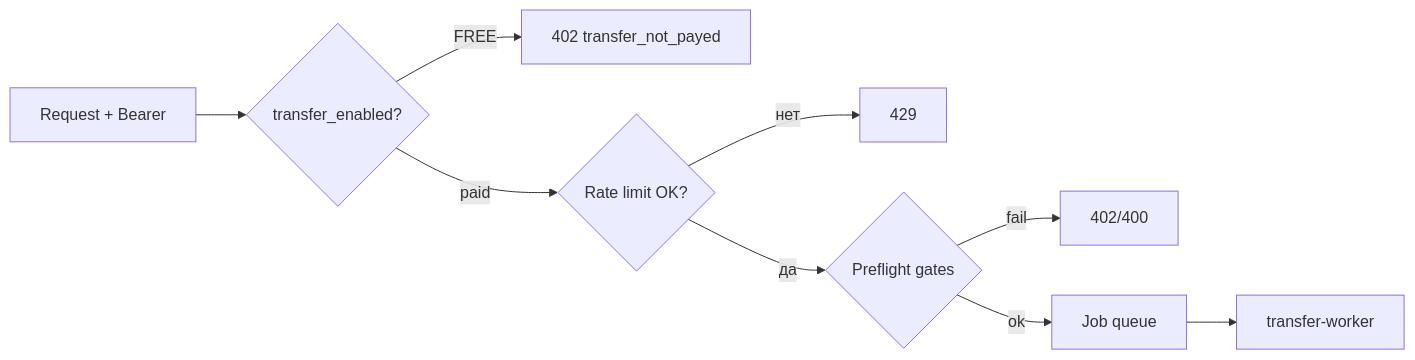
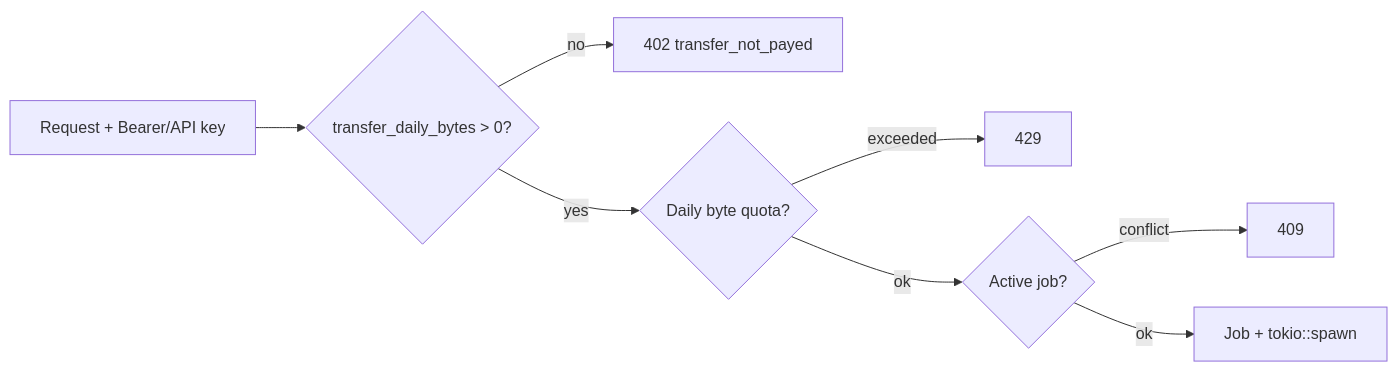
Before and after one commit to IOSHED/KKRCH.RU: the third of 3 diagrams in module_transfer.md, drawn with Mermaid. The commit also changed other lines of this file and 9 other files, not shown here.

````diff
--- a/module_transfer.md
+++ b/module_transfer.md
@@ -611,11 +605,10 @@
 ```mermaid
 flowchart LR
-    R[Request + Bearer] --> A{transfer_enabled?}
-    A -->|FREE| E402T[402 transfer_not_payed]
-    A -->|paid| B{Rate limit OK?}
-    B -->|нет| E429[429]
-    B -->|да| C{Preflight gates}
-    C -->|fail| E402E[402/400]
-    C -->|ok| J[Job queue]
-    J --> W[transfer-worker]
+    R[Request + Bearer/API key] --> A{transfer_daily_bytes > 0?}
+    A -->|no| E402T[402 transfer_not_payed]
+    A -->|yes| B{Daily byte quota?}
+    B -->|exceeded| E429[429]
+    B -->|ok| C{Active job?}
+    C -->|conflict| E409[409]
+    C -->|ok| J[Job + tokio::spawn]
 ```
````
